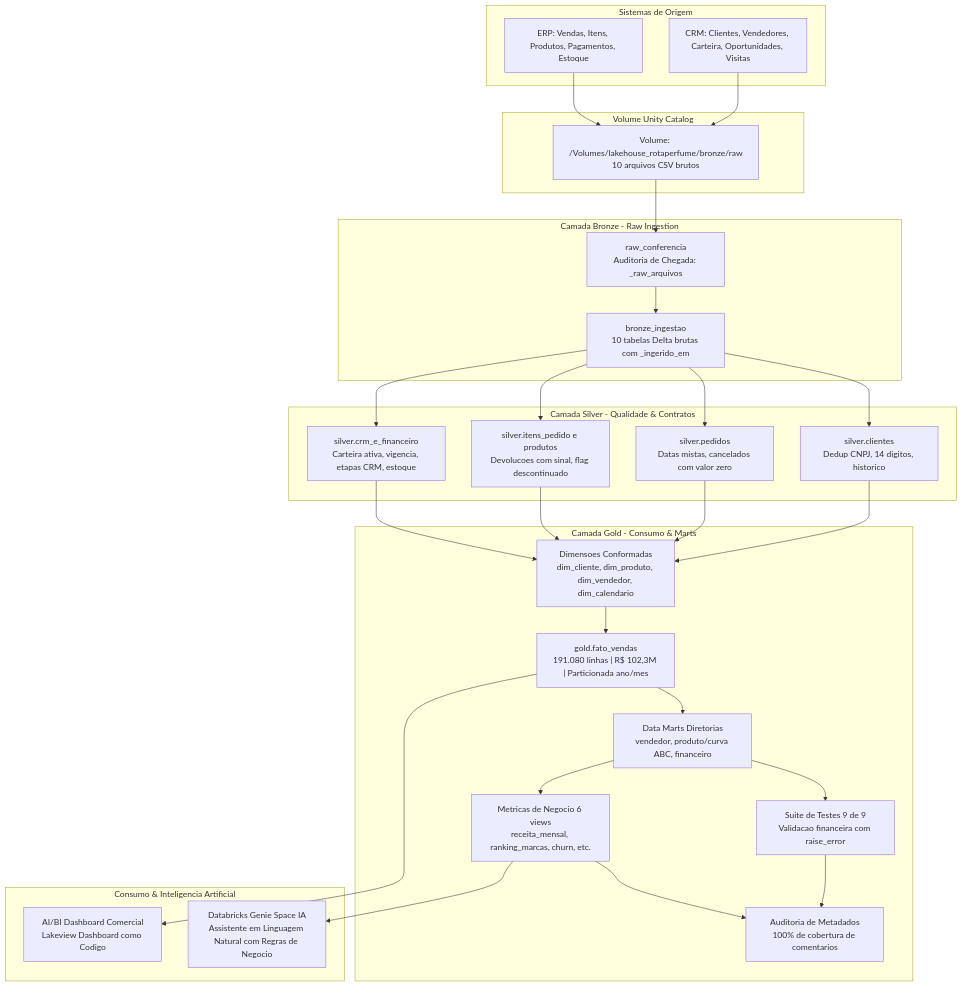
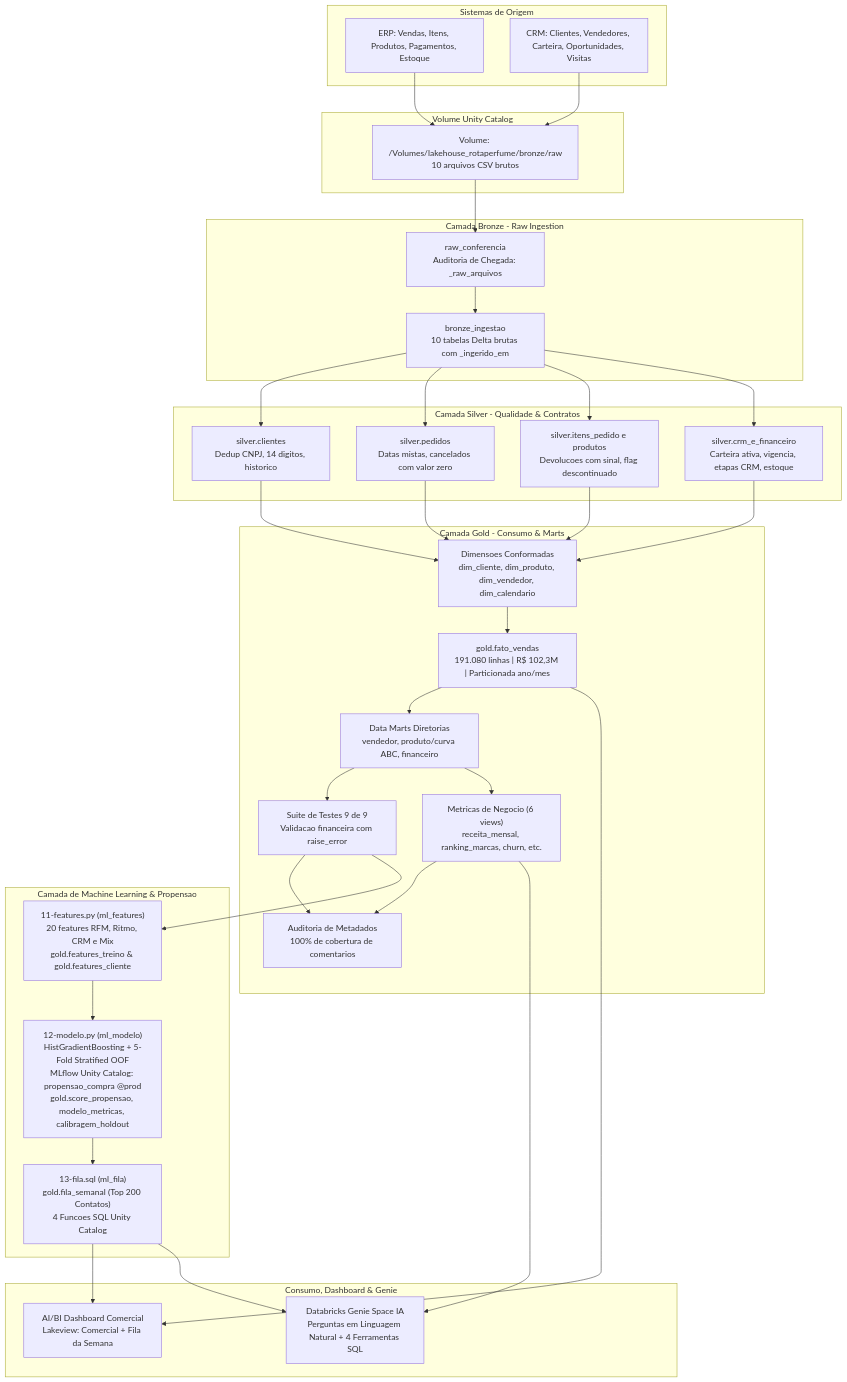
The diagram in README.md (oemeferreira/LakeHousePerfumes), drawn with Mermaid before and after one commit. The commit also changed other lines of this file, not shown here.

Commit message:
docs: atualiza README.md com a camada completa de ML, MLflow, Unity Catalog e Genie

````diff
--- a/README.md
+++ b/README.md
@@ -42,39 +44,45 @@
 ```mermaid
 flowchart TD
     subgraph Sources [Sistemas de Origem]
         ERP["ERP: Vendas, Itens, Produtos, Pagamentos, Estoque"]
         CRM["CRM: Clientes, Vendedores, Carteira, Oportunidades, Visitas"]
     end
 
     subgraph Landing [Volume Unity Catalog]
         RAW["Volume: /Volumes/lakehouse_rotaperfume/bronze/raw<br/>10 arquivos CSV brutos"]
         ERP --> RAW
         CRM --> RAW
     end
 
     subgraph Bronze_Layer [Camada Bronze - Raw Ingestion]
         RAW --> CONF["raw_conferencia<br/>Auditoria de Chegada: _raw_arquivos"]
         CONF --> ING["bronze_ingestao<br/>10 tabelas Delta brutas com _ingerido_em"]
     end
 
     subgraph Silver_Layer [Camada Silver - Qualidade & Contratos]
         ING --> S_CLI["silver.clientes<br/>Dedup CNPJ, 14 digitos, historico"]
         ING --> S_PED["silver.pedidos<br/>Datas mistas, cancelados com valor zero"]
         ING --> S_PROD["silver.itens_pedido e produtos<br/>Devolucoes com sinal, flag descontinuado"]
         ING --> S_CRM["silver.crm_e_financeiro<br/>Carteira ativa, vigencia, etapas CRM, estoque"]
     end
 
     subgraph Gold_Layer [Camada Gold - Consumo & Marts]
         S_CLI & S_PED & S_PROD & S_CRM --> G_DIM["Dimensoes Conformadas<br/>dim_cliente, dim_produto, dim_vendedor, dim_calendario"]
         G_DIM --> G_FATO["gold.fato_vendas<br/>191.080 linhas | R$ 102,3M | Particionada ano/mes"]
         G_FATO --> G_MARTS["Data Marts Diretorias<br/>vendedor, produto/curva ABC, financeiro"]
         G_MARTS --> G_TEST["Suite de Testes 9 de 9<br/>Validacao financeira com raise_error"]
-        G_MARTS --> G_VIEWS["Metricas de Negocio 6 views<br/>receita_mensal, ranking_marcas, churn, etc."]
+        G_MARTS --> G_VIEWS["Metricas de Negocio (6 views)<br/>receita_mensal, ranking_marcas, churn, etc."]
         G_VIEWS & G_TEST --> G_AUDIT["Auditoria de Metadados<br/>100% de cobertura de comentarios"]
     end
 
-    subgraph Analytics_AI [Consumo & Inteligencia Artificial]
-        G_FATO --> DASH["AI/BI Dashboard Comercial<br/>Lakeview Dashboard como Codigo"]
-        G_VIEWS --> GENIE["Databricks Genie Space IA<br/>Assistente em Linguagem Natural com Regras de Negocio"]
+    subgraph ML_Layer [Camada de Machine Learning & Propensao]
+        G_TEST --> ML_FEAT["11-features.py (ml_features)<br/>20 features RFM, Ritmo, CRM e Mix<br/>gold.features_treino & gold.features_cliente"]
+        ML_FEAT --> ML_MOD["12-modelo.py (ml_modelo)<br/>HistGradientBoosting + 5-Fold Stratified OOF<br/>MLflow Unity Catalog: propensao_compra @prod<br/>gold.score_propensao, modelo_metricas, calibragem_holdout"]
+        ML_MOD --> ML_FILA["13-fila.sql (ml_fila)<br/>gold.fila_semanal (Top 200 Contatos)<br/>4 Funcoes SQL Unity Catalog"]
+    end
+
+    subgraph Analytics_AI [Consumo, Dashboard & Genie]
+        G_FATO & ML_FILA --> DASH["AI/BI Dashboard Comercial<br/>Lakeview: Comercial + Fila da Semana"]
+        G_VIEWS & ML_FILA --> GENIE["Databricks Genie Space IA<br/>Perguntas em Linguagem Natural + 4 Ferramentas SQL"]
     end
 ```
````
